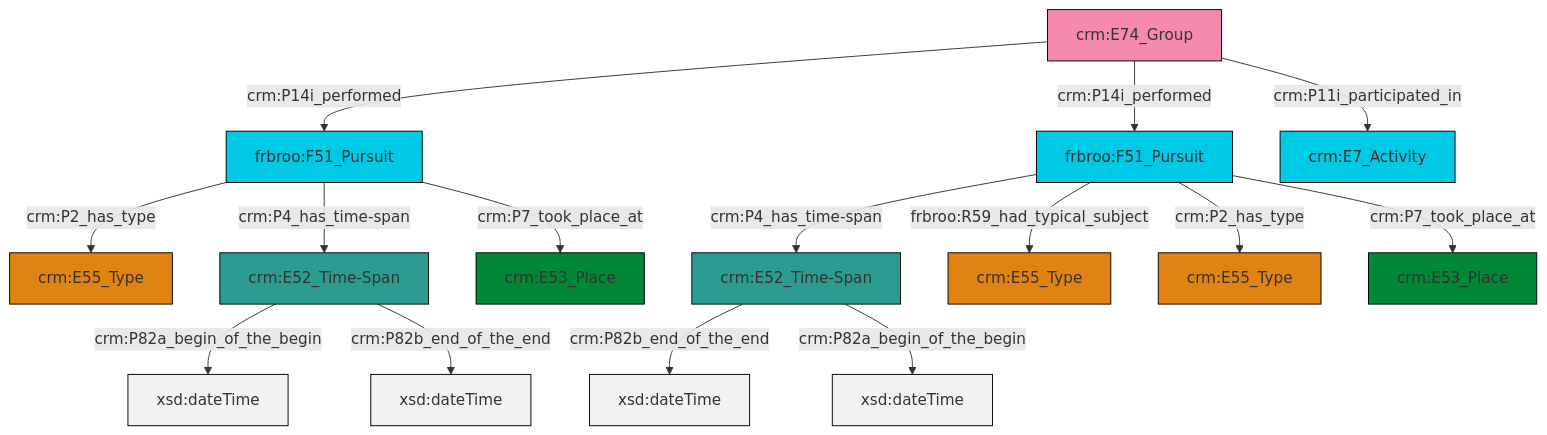
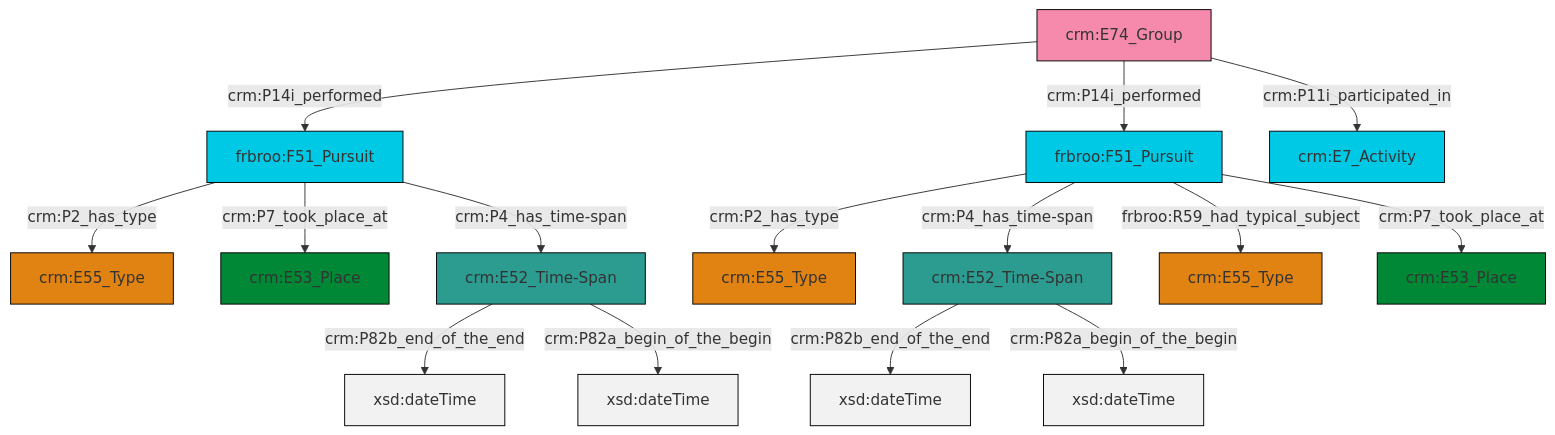
The diagram in et/groupCSV/ttl/mmd/group_events.ttl.mmd (swiss-art-research-net/docs.swissartresearch), drawn with Mermaid before and after one commit. The commit also changed 177 other files, not shown here.

```diff
--- a/et/groupCSV/ttl/mmd/group_events.ttl.mmd
+++ b/et/groupCSV/ttl/mmd/group_events.ttl.mmd
@@ -1,29 +1,29 @@
 graph TD
 classDef Literal fill:#f2f2f2,stroke:#000000;
 classDef CRM_Entity fill:#FFFFFF,stroke:#000000;
 classDef Temporal_Entity fill:#00C9E6, stroke:#000000;
 classDef Type fill:#E18312, stroke:#000000;
 classDef Time-Span fill:#2C9C91, stroke:#000000;
 classDef Appellation fill:#FFEB7F, stroke:#000000;
 classDef Place fill:#008836, stroke:#000000;
 classDef Persistent_Item fill:#B266B2, stroke:#000000;
 classDef Conceptual_Object fill:#FFD700, stroke:#000000;
 classDef Physical_Thing fill:#D2B48C, stroke:#000000;
 classDef Actor fill:#f58aad, stroke:#000000;
 classDef PC_Classes fill:#4ce600, stroke:#000000;
 classDef Multi fill:#cccccc,stroke:#000000;
 
-0["crm:E52_Time-Span"]:::Time-Span -->|crm:P82a_begin_of_the_begin| 1[xsd:dateTime]:::Literal
-0["crm:E52_Time-Span"]:::Time-Span -->|crm:P82b_end_of_the_end| 4[xsd:dateTime]:::Literal
-5["crm:E74_Group"]:::Actor -->|crm:P14i_performed| 6["frbroo:F51_Pursuit"]:::Temporal_Entity
-6["frbroo:F51_Pursuit"]:::Temporal_Entity -->|crm:P2_has_type| 7["crm:E55_Type"]:::Type
-2["crm:E52_Time-Span"]:::Time-Span -->|crm:P82b_end_of_the_end| 12[xsd:dateTime]:::Literal
-13["frbroo:F51_Pursuit"]:::Temporal_Entity -->|crm:P4_has_time-span| 2["crm:E52_Time-Span"]:::Time-Span
-2["crm:E52_Time-Span"]:::Time-Span -->|crm:P82a_begin_of_the_begin| 14[xsd:dateTime]:::Literal
-13["frbroo:F51_Pursuit"]:::Temporal_Entity -->|frbroo:R59_had_typical_subject| 8["crm:E55_Type"]:::Type
-6["frbroo:F51_Pursuit"]:::Temporal_Entity -->|crm:P4_has_time-span| 0["crm:E52_Time-Span"]:::Time-Span
-13["frbroo:F51_Pursuit"]:::Temporal_Entity -->|crm:P2_has_type| 10["crm:E55_Type"]:::Type
-5["crm:E74_Group"]:::Actor -->|crm:P14i_performed| 13["frbroo:F51_Pursuit"]:::Temporal_Entity
-13["frbroo:F51_Pursuit"]:::Temporal_Entity -->|crm:P7_took_place_at| 19["crm:E53_Place"]:::Place
-5["crm:E74_Group"]:::Actor -->|crm:P11i_participated_in| 22["crm:E7_Activity"]:::Temporal_Entity
-6["frbroo:F51_Pursuit"]:::Temporal_Entity -->|crm:P7_took_place_at| 26["crm:E53_Place"]:::Place
+0["crm:E74_Group"]:::Actor -->|crm:P14i_performed| 1["frbroo:F51_Pursuit"]:::Temporal_Entity
+2["crm:E52_Time-Span"]:::Time-Span -->|crm:P82b_end_of_the_end| 3[xsd:dateTime]:::Literal
+4["frbroo:F51_Pursuit"]:::Temporal_Entity -->|crm:P2_has_type| 5["crm:E55_Type"]:::Type
+4["frbroo:F51_Pursuit"]:::Temporal_Entity -->|crm:P4_has_time-span| 10["crm:E52_Time-Span"]:::Time-Span
+2["crm:E52_Time-Span"]:::Time-Span -->|crm:P82a_begin_of_the_begin| 12[xsd:dateTime]:::Literal
+4["frbroo:F51_Pursuit"]:::Temporal_Entity -->|frbroo:R59_had_typical_subject| 14["crm:E55_Type"]:::Type
+1["frbroo:F51_Pursuit"]:::Temporal_Entity -->|crm:P2_has_type| 6["crm:E55_Type"]:::Type
+10["crm:E52_Time-Span"]:::Time-Span -->|crm:P82b_end_of_the_end| 19[xsd:dateTime]:::Literal
+0["crm:E74_Group"]:::Actor -->|crm:P14i_performed| 4["frbroo:F51_Pursuit"]:::Temporal_Entity
+0["crm:E74_Group"]:::Actor -->|crm:P11i_participated_in| 17["crm:E7_Activity"]:::Temporal_Entity
+1["frbroo:F51_Pursuit"]:::Temporal_Entity -->|crm:P7_took_place_at| 22["crm:E53_Place"]:::Place
+1["frbroo:F51_Pursuit"]:::Temporal_Entity -->|crm:P4_has_time-span| 2["crm:E52_Time-Span"]:::Time-Span
+4["frbroo:F51_Pursuit"]:::Temporal_Entity -->|crm:P7_took_place_at| 25["crm:E53_Place"]:::Place
+10["crm:E52_Time-Span"]:::Time-Span -->|crm:P82a_begin_of_the_begin| 27[xsd:dateTime]:::Literal
```
